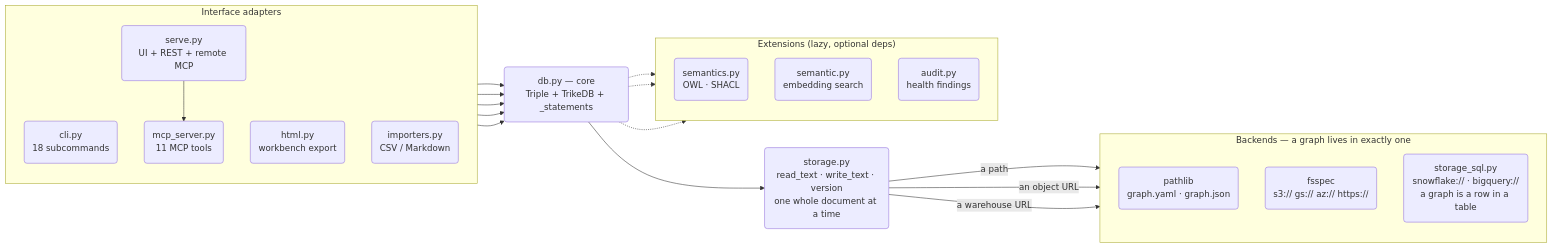
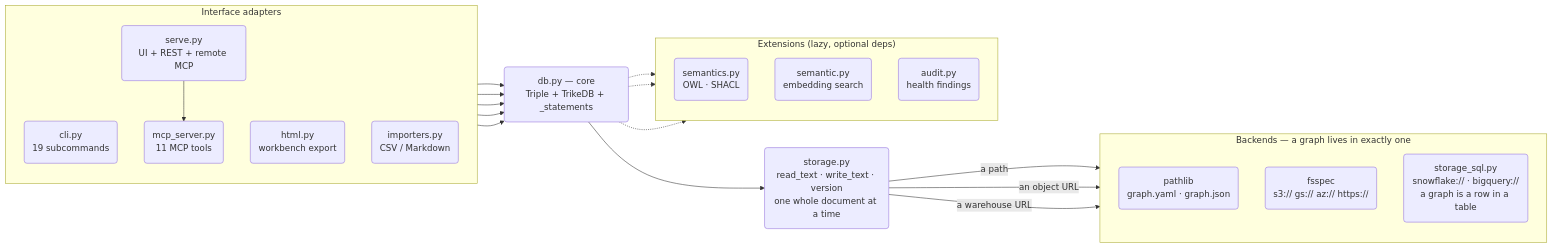
One commit to RyutoYoda/trikedb changed the third of 3 diagrams in docs/ARCHITECTURE.md. Above: the diagram before and after it, drawn with Mermaid. The commit also changed other lines of this file and 7 other files, not shown here.

````diff
--- a/docs/ARCHITECTURE.md
+++ b/docs/ARCHITECTURE.md
@@ -327,43 +329,43 @@
 ```mermaid
 flowchart LR
     subgraph adapters["Interface adapters"]
         direction TB
-        CLI("cli.py<br/>18 subcommands")
+        CLI("cli.py<br/>19 subcommands")
         MCP("mcp_server.py<br/>11 MCP tools")
         SERVE("serve.py<br/>UI + REST + remote MCP")
         HTML("html.py<br/>workbench export")
         IMP("importers.py<br/>CSV / Markdown")
     end
 
     CORE("db.py — core<br/>Triple + TrikeDB + _statements")
 
     subgraph ext["Extensions (lazy, optional deps)"]
         direction TB
         SEM("semantics.py<br/>OWL · SHACL")
         EMB("semantic.py<br/>embedding search")
         AUD("audit.py<br/>health findings")
     end
 
     STORE("storage.py<br/>read_text · write_text · version<br/>one whole document at a time")
 
     subgraph backends["Backends — a graph lives in exactly one"]
         direction TB
         LOCAL("pathlib<br/>graph.yaml · graph.json")
         FS("fsspec<br/>s3:// gs:// az:// https://")
         SQL("storage_sql.py<br/>snowflake:// · bigquery://<br/>a graph is a row in a table")
     end
 
     SERVE --> MCP
     CLI --> CORE
     MCP --> CORE
     SERVE --> CORE
     HTML --> CORE
     IMP --> CORE
     CORE --> STORE
     STORE -->|"a path"| LOCAL
     STORE -->|"an object URL"| FS
     STORE -->|"a warehouse URL"| SQL
     CORE -.-> SEM
     CORE -.-> EMB
     CORE -.-> AUD
 ```
````
